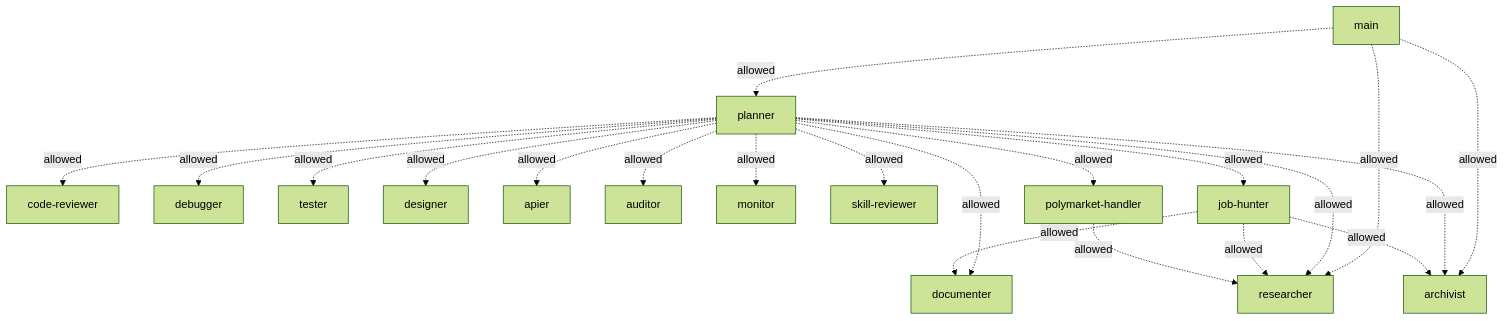
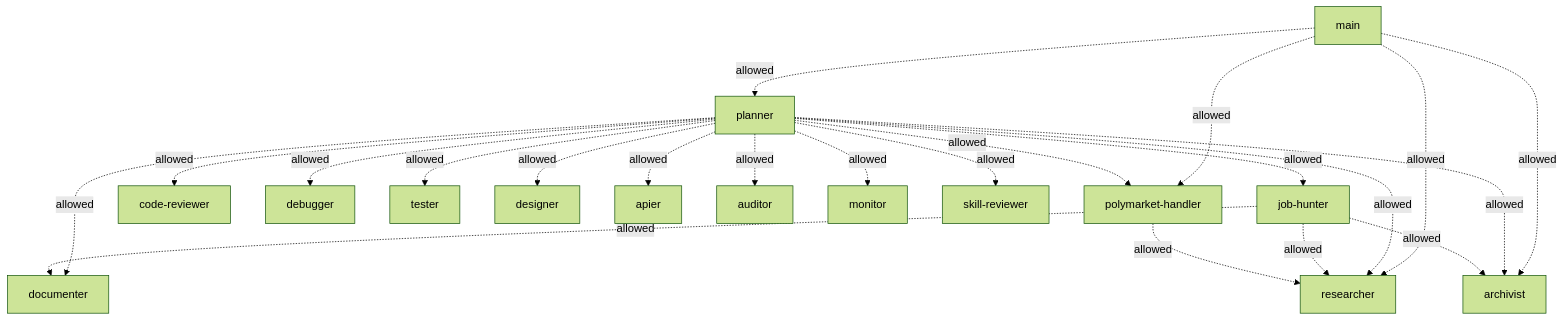
The diagram in agents/index.md (SrD836/jarvis-vault), drawn with Mermaid (forest theme) before and after one commit. The commit also changed other lines of this file and 106 other files, not shown here.

````diff
--- a/agents/index.md
+++ b/agents/index.md
@@ -36,23 +36,24 @@
 ```mermaid
 graph TD
   main -.allowed.-> planner
   main -.allowed.-> researcher
   main -.allowed.-> archivist
+  main -.allowed.-> polymarket-handler
   planner -.allowed.-> researcher
   planner -.allowed.-> code-reviewer
   planner -.allowed.-> debugger
   planner -.allowed.-> tester
   planner -.allowed.-> documenter
   planner -.allowed.-> designer
   planner -.allowed.-> apier
   planner -.allowed.-> archivist
   planner -.allowed.-> auditor
   planner -.allowed.-> monitor
   planner -.allowed.-> skill-reviewer
   planner -.allowed.-> job-hunter
   planner -.allowed.-> polymarket-handler
   job-hunter -.allowed.-> researcher
   job-hunter -.allowed.-> documenter
   job-hunter -.allowed.-> archivist
   polymarket-handler -.allowed.-> researcher
 ```
````
